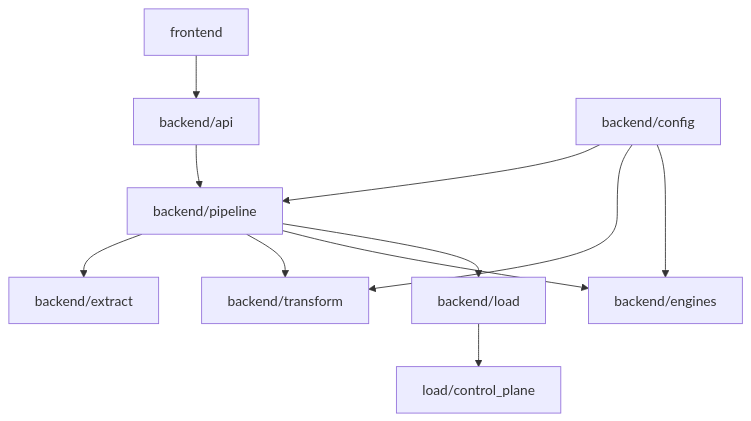
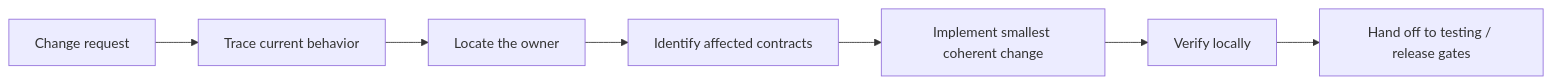
One commit to tks18/personal-finance-etl changed the first of 5 diagrams in docs/developer/development-guide.md. Above: the diagram before and after it, drawn with Mermaid. The commit also changed other lines of this file and 8 other files, not shown here.

````diff
--- a/docs/developer/development-guide.md
+++ b/docs/developer/development-guide.md
@@ -9,13 +13,12 @@
 ```mermaid
-flowchart TB
-    API[backend/api] --> PIPE[backend/pipeline]
-    PIPE --> EXT[backend/extract]
-    PIPE --> TR[backend/transform]
-    PIPE --> ENG[backend/engines]
-    PIPE --> LOAD[backend/load]
-    CFG[backend/config] --> PIPE
-    CFG --> TR
-    CFG --> ENG
-    LOAD --> CP[load/control_plane]
-    FRONT[frontend] --> API
+flowchart LR
+    Q[Change request]
+    TRACE[Trace current behavior]
+    OWNER[Locate the owner]
+    CONTRACT[Identify affected contracts]
+    CHANGE[Implement smallest coherent change]
+    VERIFY[Verify locally]
+    HANDOFF[Hand off to testing / release gates]
+
+    Q --> TRACE --> OWNER --> CONTRACT --> CHANGE --> VERIFY --> HANDOFF
 ```
````
